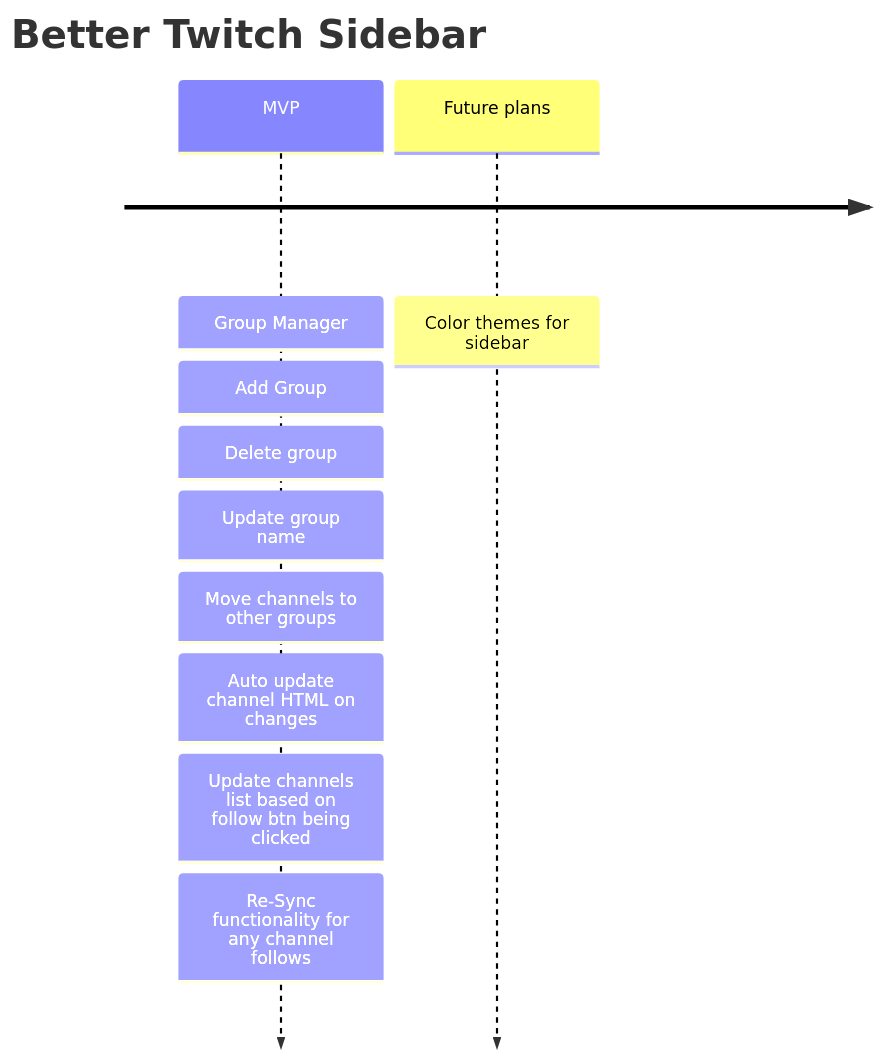
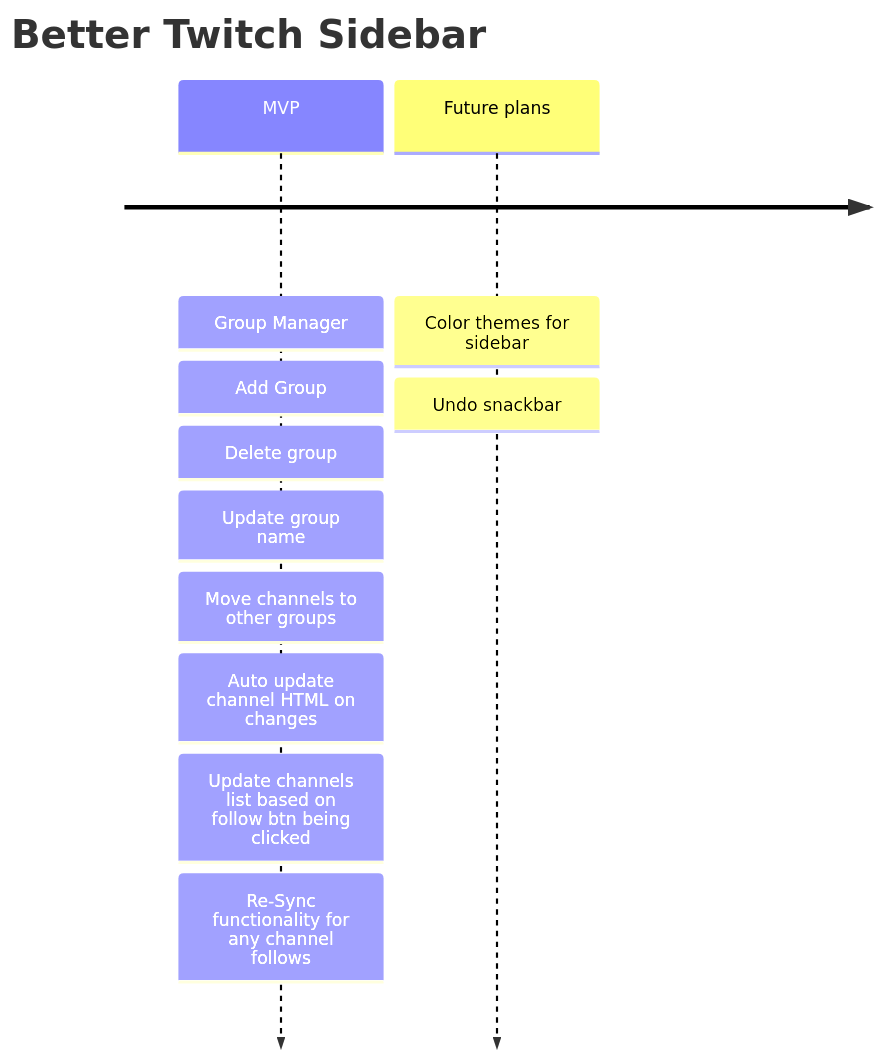
The diagram in README.md (clgerhardt/better-twitch-sidebar-extension), drawn with Mermaid before and after one commit. The commit also changed 13 other files, not shown here.

````diff
--- a/README.md
+++ b/README.md
@@ -57,15 +57,16 @@
 ```mermaid
 timeline
     title Better Twitch Sidebar
     MVP
          : Group Manager
          : Add Group
          : Delete group
          : Update group name
          : Move channels to other groups
          : Auto update channel HTML on changes
          : Update channels list based on follow btn being clicked
          : Re-Sync functionality for any channel follows 
     Future plans 
          : Color themes for sidebar
+         : Undo snackbar
 ```
````
